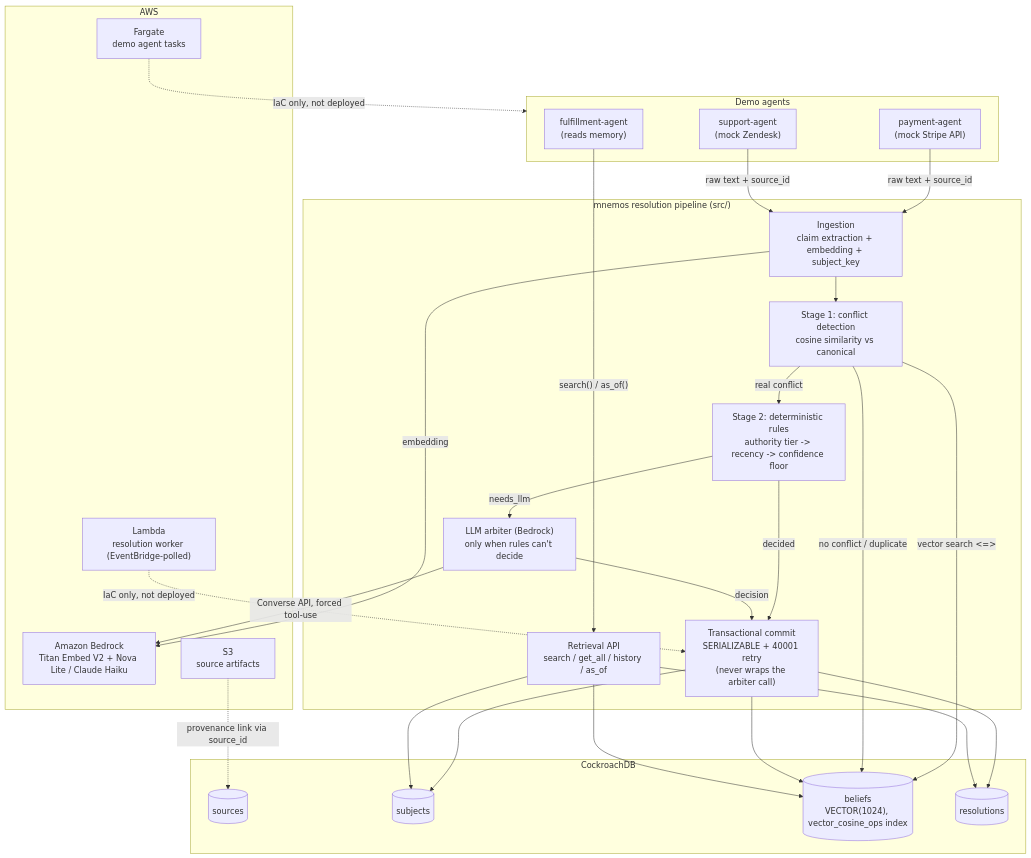
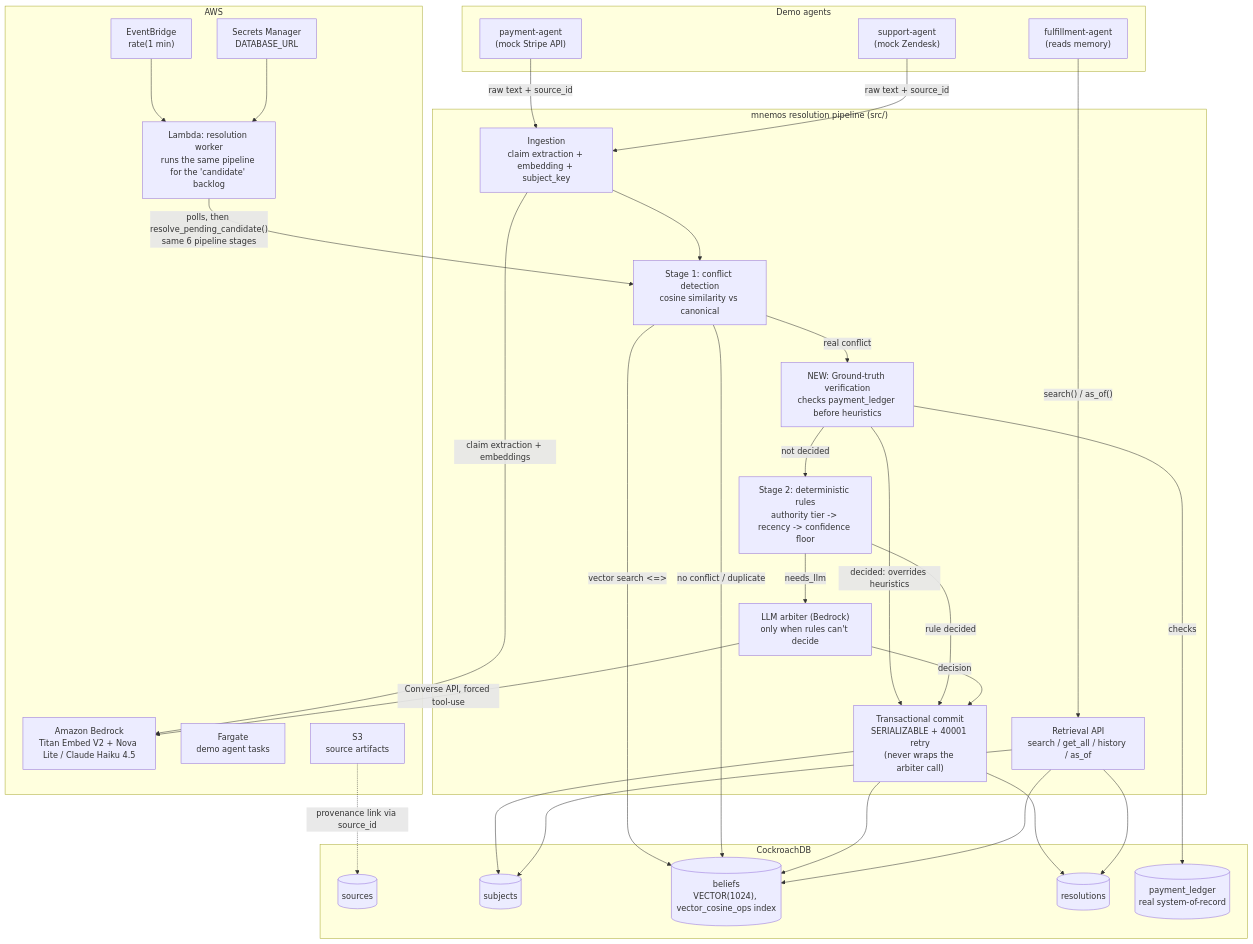
The diagram in docs/architecture.md (tanisha0330/mnemos-conflict-resolution), drawn with Mermaid before and after one commit. The commit also changed other lines of this file and 2 other files, not shown here.

Commit message:
Add raster architecture diagram and update it to reflect current state
docs/architecture.jpg (generated by scripts/generate_architecture_diagram.py,
matplotlib - no graphviz/mermaid-cli available in this environment) for
submission forms that need an image upload rather than a Mermaid link.
Also updates docs/architecture.md's Mermaid source to match reality: the
new ground-truth verification stage, EventBridge/Secrets Manager, and the
corrected AWS deployment status (deployed and verified for real, not
"IaC only, not deployed" as the diagram previously and now incorrectly
claimed).

````diff
--- a/docs/architecture.md
+++ b/docs/architecture.md
@@ -3,54 +5,62 @@
 ```mermaid
 flowchart TB
     subgraph Agents["Demo agents"]
         PA["payment-agent<br/>(mock Stripe API)"]
         SA["support-agent<br/>(mock Zendesk)"]
         FA["fulfillment-agent<br/>(reads memory)"]
     end
 
     subgraph AWS["AWS"]
-        Bedrock["Amazon Bedrock<br/>Titan Embed V2 + Nova Lite / Claude Haiku"]
-        Lambda["Lambda<br/>resolution worker (EventBridge-polled)"]
+        Bedrock["Amazon Bedrock<br/>Titan Embed V2 + Nova Lite / Claude Haiku 4.5"]
+        Lambda["Lambda: resolution worker<br/>runs the same pipeline for the 'candidate' backlog"]
+        EventBridge["EventBridge<br/>rate(1 min)"]
+        Secrets["Secrets Manager<br/>DATABASE_URL"]
         Fargate["Fargate<br/>demo agent tasks"]
         S3["S3<br/>source artifacts"]
     end
 
     subgraph Pipeline["mnemos resolution pipeline (src/)"]
         Ingest["Ingestion<br/>claim extraction + embedding + subject_key"]
         Stage1["Stage 1: conflict detection<br/>cosine similarity vs canonical"]
+        Verify["NEW: Ground-truth verification<br/>checks payment_ledger before heuristics"]
         Stage2["Stage 2: deterministic rules<br/>authority tier -> recency -> confidence floor"]
         Arbiter["LLM arbiter (Bedrock)<br/>only when rules can't decide"]
         Commit["Transactional commit<br/>SERIALIZABLE + 40001 retry<br/>(never wraps the arbiter call)"]
         API["Retrieval API<br/>search / get_all / history / as_of"]
     end
 
     subgraph CRDB["CockroachDB"]
         Sources[("sources")]
         Subjects[("subjects")]
         Beliefs[("beliefs<br/>VECTOR(1024), vector_cosine_ops index")]
         Resolutions[("resolutions")]
+        Ledger[("payment_ledger<br/>real system-of-record")]
     end
 
     PA -->|"raw text + source_id"| Ingest
     SA -->|"raw text + source_id"| Ingest
-    Ingest -->|"embedding"| Bedrock
+    Ingest -->|"claim extraction + embeddings"| Bedrock
     Ingest --> Stage1
     Stage1 -->|"vector search <=>"| Beliefs
-    Stage1 -->|"real conflict"| Stage2
+    Stage1 -->|"real conflict"| Verify
     Stage1 -->|"no conflict / duplicate"| Beliefs
-    Stage2 -->|"decided"| Commit
+    Verify -->|"checks"| Ledger
+    Verify -->|"decided: overrides heuristics"| Commit
+    Verify -->|"not decided"| Stage2
+    Stage2 -->|"rule decided"| Commit
     Stage2 -->|"needs_llm"| Arbiter
     Arbiter -->|"Converse API, forced tool-use"| Bedrock
     Arbiter -->|"decision"| Commit
     Commit --> Subjects
     Commit --> Beliefs
     Commit --> Resolutions
     API --> Beliefs
     API --> Resolutions
     API --> Subjects
     FA -->|"search() / as_of()"| API
 
     S3 -.->|"provenance link via source_id"| Sources
-    Lambda -.->|"IaC only, not deployed"| Commit
-    Fargate -.->|"IaC only, not deployed"| Agents
+    EventBridge --> Lambda
+    Secrets --> Lambda
+    Lambda -->|"polls, then resolve_pending_candidate()<br/>same 6 pipeline stages"| Stage1
 ```
````
